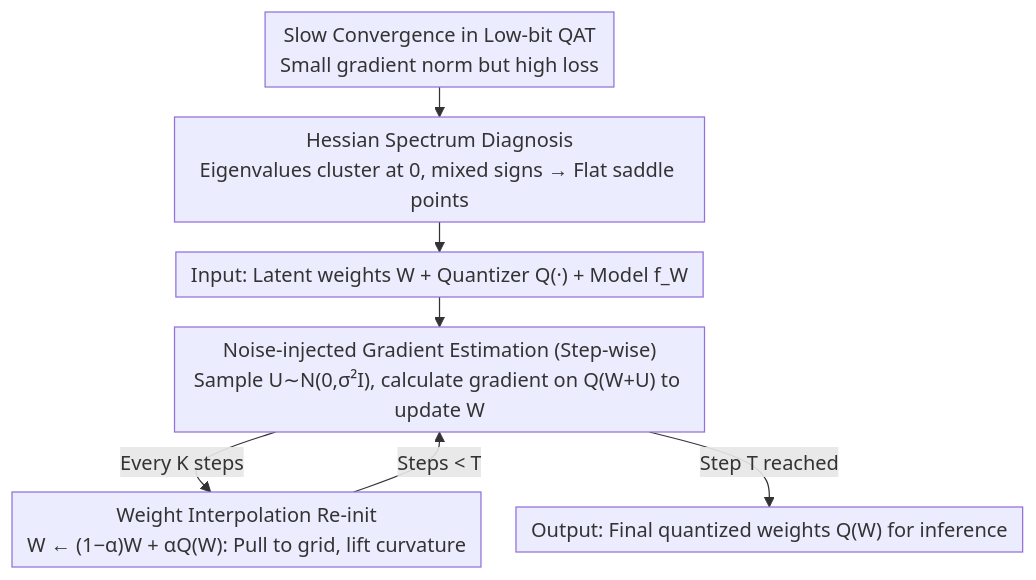
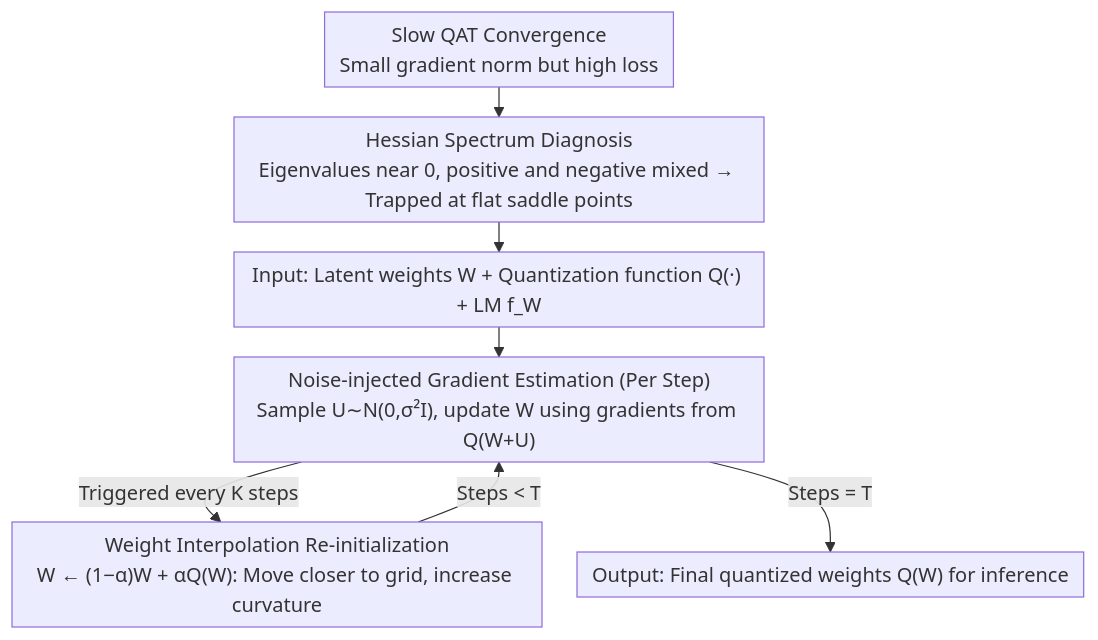
Before and after one commit to zhaoyang97/Paper-Notes-en: the diagram in docs/ICML2026/model_compression/winq_accelerating_quantization-aware_training_of_language_models_around_saddle_p.md, drawn with Mermaid. The commit also changed other lines of this file and 5084 other files, not shown here.

````diff
--- a/docs/ICML2026/model_compression/winq_accelerating_quantization-aware_training_of_language_models_around_saddle_p.md
+++ b/docs/ICML2026/model_compression/winq_accelerating_quantization-aware_training_of_language_models_around_saddle_p.md
@@ -46,10 +46,10 @@
 ```mermaid
 %%{init: {'flowchart': {'rankSpacing': 24, 'nodeSpacing': 28, 'padding': 6, 'wrappingWidth': 400}}}%%
 flowchart TD
-    A["Slow Convergence in Low-bit QAT<br/>Small gradient norm but high loss"] --> B["Hessian Spectrum Diagnosis<br/>Eigenvalues cluster at 0, mixed signs → Flat saddle points"]
-    B --> C["Input: Latent weights W + Quantizer Q(·) + Model f_W"]
-    C --> D["Noise-injected Gradient Estimation (Step-wise)<br/>Sample U∼N(0,σ²I), calculate gradient on Q(W+U) to update W"]
-    D -->|Every K steps| E["Weight Interpolation Re-init<br/>W ← (1−α)W + αQ(W): Pull to grid, lift curvature"]
+    A["Slow QAT Convergence<br/>Small gradient norm but high loss"] --> B["Hessian Spectrum Diagnosis<br/>Eigenvalues near 0, positive and negative mixed → Trapped at flat saddle points"]
+    B --> C["Input: Latent weights W + Quantization function Q(·) + LM f_W"]
+    C --> D["Noise-injected Gradient Estimation (Per Step)<br/>Sample U∼N(0,σ²I), update W using gradients from Q(W+U)"]
+    D -->|Triggered every K steps| E["Weight Interpolation Re-initialization<br/>W ← (1−α)W + αQ(W): Move closer to grid, increase curvature"]
     E -->|Steps < T| D
-    D -->|Step T reached| F["Output: Final quantized weights Q(W) for inference"]
+    D -->|Steps = T| F["Output: Final quantized weights Q(W) for inference"]
 ```
````
